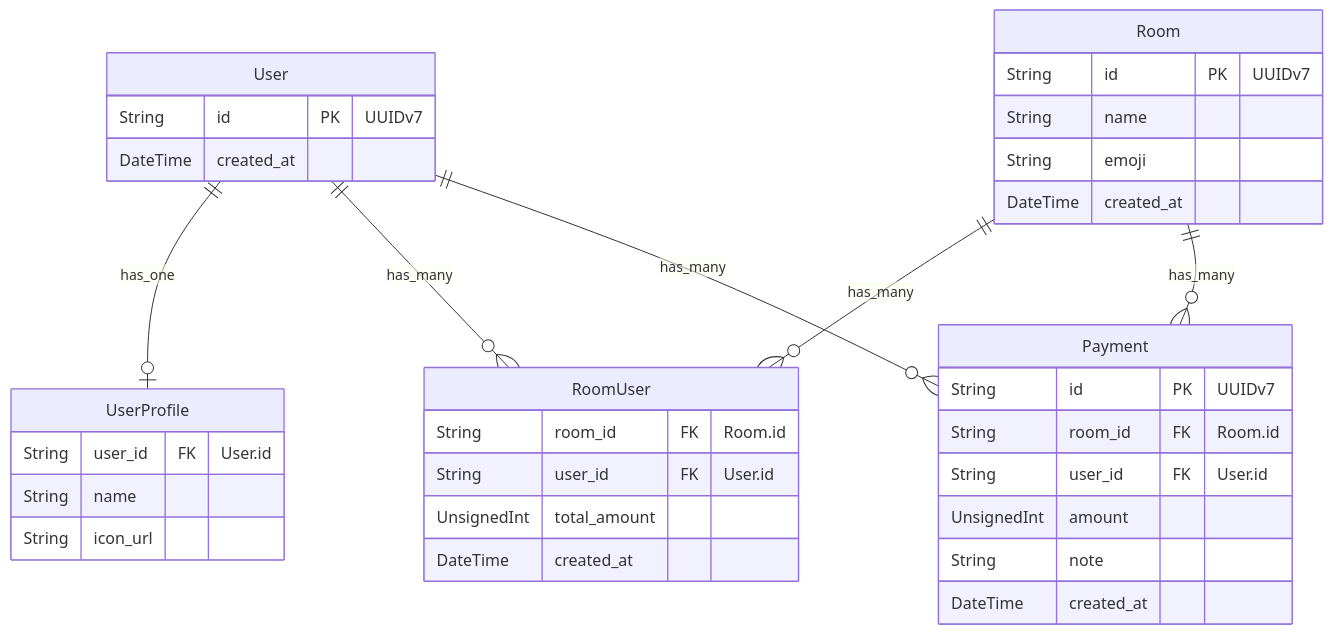
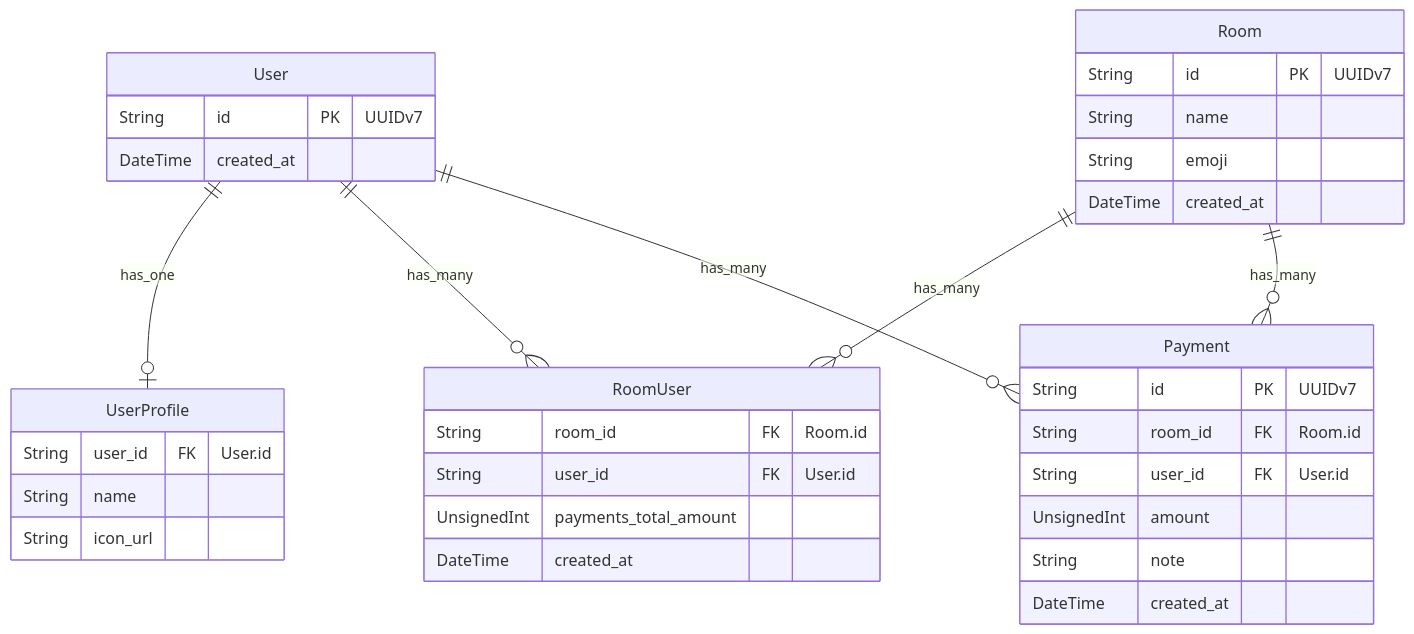
Before and after one commit to mi-wada/shamo: the diagram in new_backend/docs/er_diagram.md, drawn with Mermaid. The commit also changed 5 other files, not shown here.

````diff
--- a/new_backend/docs/er_diagram.md
+++ b/new_backend/docs/er_diagram.md
@@ -3,42 +3,42 @@
 ```mermaid
 erDiagram
   User {
     String id PK "UUIDv7"
     DateTime created_at
   }
 
   UserProfile {
     String user_id FK "User.id"
     String name
     String icon_url
   }
 
   Room {
     String id PK "UUIDv7"
     String name
     String emoji
     DateTime created_at
   }
 
   Payment {
     String id PK "UUIDv7"
     String room_id FK "Room.id"
     String user_id FK "User.id"
     UnsignedInt amount
     String note
     DateTime created_at
   }
 
   RoomUser {
     String room_id FK "Room.id"
     String user_id FK "User.id"
-    UnsignedInt total_amount
+    UnsignedInt payments_total_amount
     DateTime created_at
   }
 
   Room ||--o{ RoomUser : "has_many"
   Room ||--o{ Payment : "has_many"
   User ||--o| UserProfile : "has_one"
   User ||--o{ RoomUser : "has_many"
   User ||--o{ Payment : "has_many"
 ```
````
